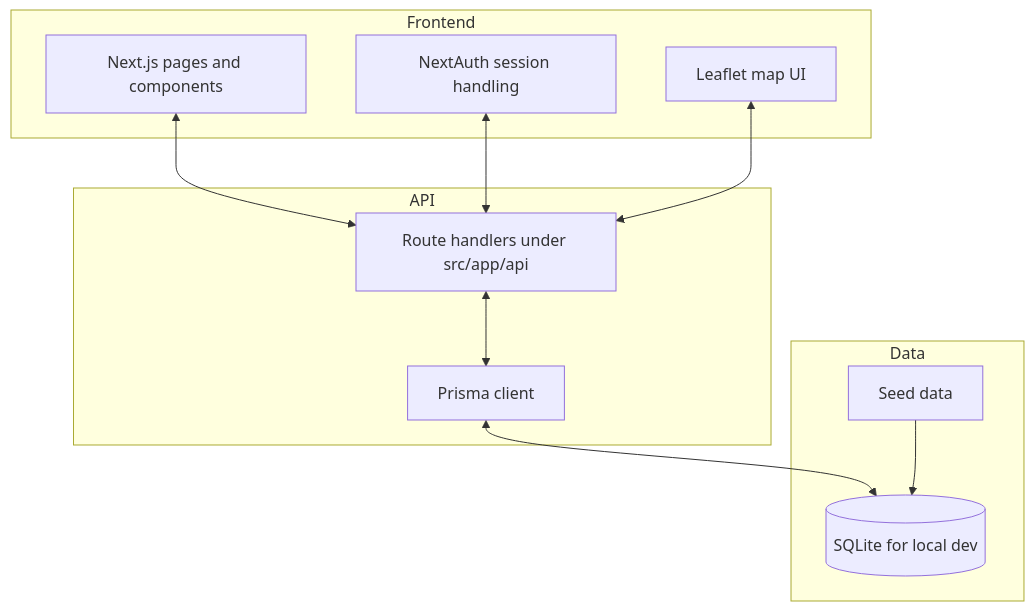
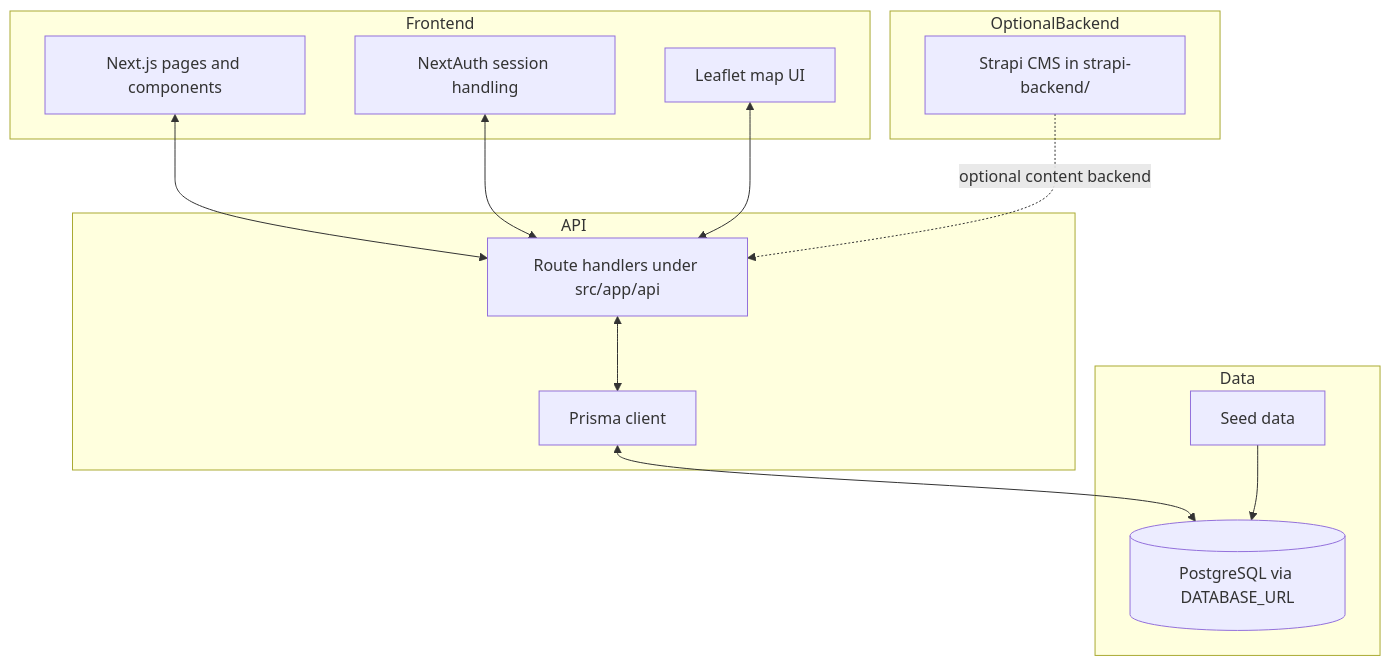
Before and after one commit to kingpin147/event-discovery-and-comunity-enagagement-plateform: the third of 4 diagrams in project_flowcharts.md, drawn with Mermaid. The commit also changed other lines of this file and 41 other files, not shown here.

````diff
--- a/project_flowcharts.md
+++ b/project_flowcharts.md
@@ -33,25 +33,30 @@
 ```mermaid
 graph TD
     subgraph Frontend
         UI[Next.js pages and components]
         Auth[NextAuth session handling]
         Maps[Leaflet map UI]
     end
 
     subgraph API
         Routes[Route handlers under src/app/api]
         Prisma[Prisma client]
     end
 
     subgraph Data
-        DB[(SQLite for local dev)]
+        DB[(PostgreSQL via DATABASE_URL)]
         Seed[Seed data]
+    end
+
+    subgraph OptionalBackend
+        Strapi[Strapi CMS in strapi-backend/]
     end
 
     UI <--> Routes
     Auth <--> Routes
     Maps <--> Routes
     Routes <--> Prisma
     Prisma <--> DB
     Seed --> DB
+    Strapi -. optional content backend .-> Routes
 ```
````
